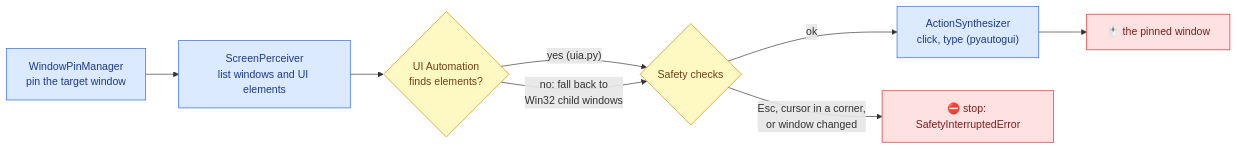
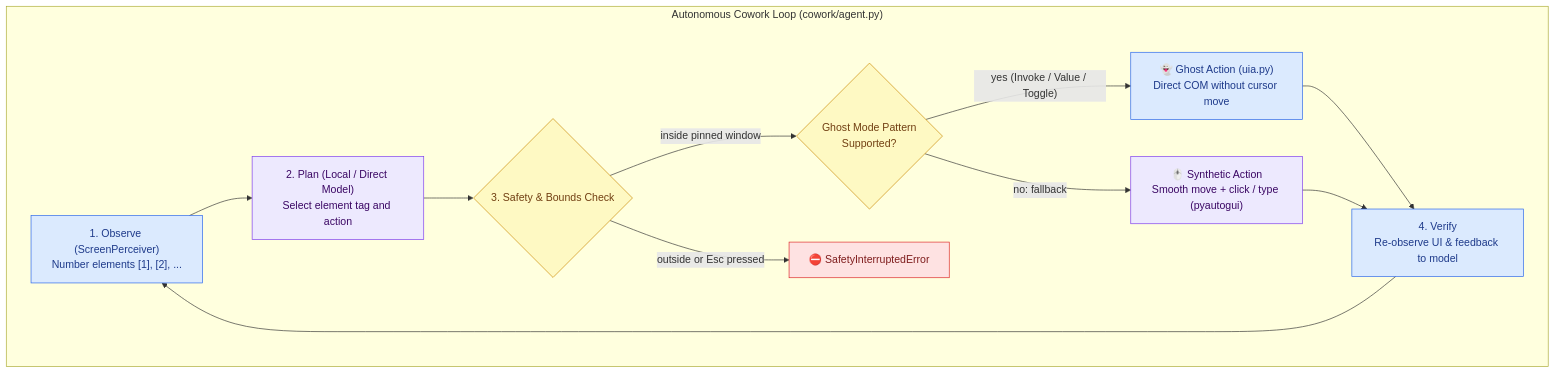
Before and after one commit to luisenriquecgongora/emiliano: the sixth of 6 diagrams in docs/ARCHITECTURE.md, drawn with Mermaid. The commit also changed other lines of this file, not shown here.

Commit message:
docs: map ghost cowork and autonomous desktop loop

````diff
--- a/docs/ARCHITECTURE.md
+++ b/docs/ARCHITECTURE.md
@@ -239,17 +239,23 @@
 ```mermaid
-flowchart LR
-    pin["WindowPinManager<br/>pin the target window"] --> see["ScreenPerceiver<br/>list windows and UI elements"]
-    see --> uia{"UI Automation<br/>finds elements?"}
-    uia -->|"yes (uia.py)"| act{"Safety checks"}
-    uia -->|"no: fall back to<br/>Win32 child windows"| act
-    act -->|ok| do["ActionSynthesizer<br/>click, type (pyautogui)"]
-    act -->|"Esc, cursor in a corner,<br/>or window changed"| stop["⛔ stop: SafetyInterruptedError"]
-    do --> screen["🖱️ the pinned window"]
+flowchart TD
+    subgraph loop["Autonomous Cowork Loop (cowork/agent.py)"]
+        observe["1. Observe (ScreenPerceiver)<br/>Number elements [1], [2], ..."] --> plan["2. Plan (Local / Direct Model)<br/>Select element tag and action"]
+        plan --> act{"3. Safety & Bounds Check"}
+        act -->|"inside pinned window"| mode{"Ghost Mode Pattern<br/>Supported?"}
+        act -->|"outside or Esc pressed"| stop["⛔ SafetyInterruptedError"]
+        mode -->|"yes (Invoke / Value / Toggle)"| ghost["👻 Ghost Action (uia.py)<br/>Direct COM without cursor move"]
+        mode -->|"no: fallback"| synth["🖱️ Synthetic Action<br/>Smooth move + click / type (pyautogui)"]
+        ghost --> verify["4. Verify<br/>Re-observe UI & feedback to model"]
+        synth --> verify
+        verify --> observe
+    end
 
     classDef ours fill:#dbeafe,stroke:#2563eb,color:#1e3a8a
     classDef gate fill:#fef9c3,stroke:#ca8a04,color:#713f12
     classDef risk fill:#fee2e2,stroke:#dc2626,color:#7f1d1d
-    class pin,see,do ours
-    class act,uia gate
-    class stop,screen risk
+    classDef agent fill:#ede9fe,stroke:#7c3aed,color:#3b0764
+    class observe,ghost,verify ours
+    class act,mode gate
+    class stop risk
+    class plan,synth agent
 ```
````
